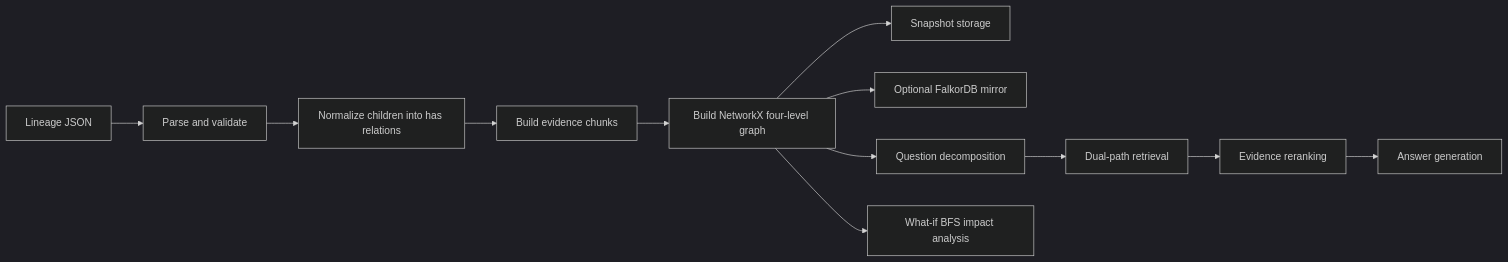
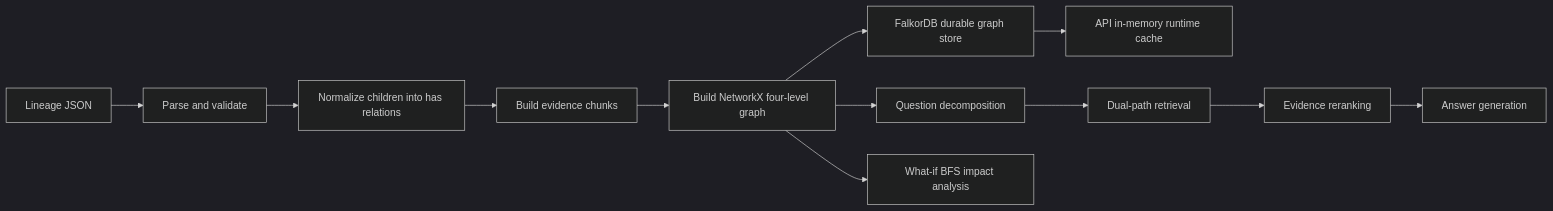
The diagram in README.md (AI-Explorer-Lab/GraphRAG), drawn with Mermaid (dark theme) before and after one commit. The commit also changed other lines of this file and 35 other files, not shown here.

````diff
--- a/README.md
+++ b/README.md
@@ -23,14 +23,14 @@
 ```mermaid
 flowchart LR
   A["Lineage JSON"] --> B["Parse and validate"]
   B --> C["Normalize children into has relations"]
   C --> D["Build evidence chunks"]
   D --> E["Build NetworkX four-level graph"]
-  E --> F["Snapshot storage"]
-  E --> G["Optional FalkorDB mirror"]
+  E --> F["FalkorDB durable graph store"]
+  F --> G["API in-memory runtime cache"]
   E --> H["Question decomposition"]
   H --> I["Dual-path retrieval"]
   I --> J["Evidence reranking"]
   J --> K["Answer generation"]
   E --> L["What-if BFS impact analysis"]
 ```
````
